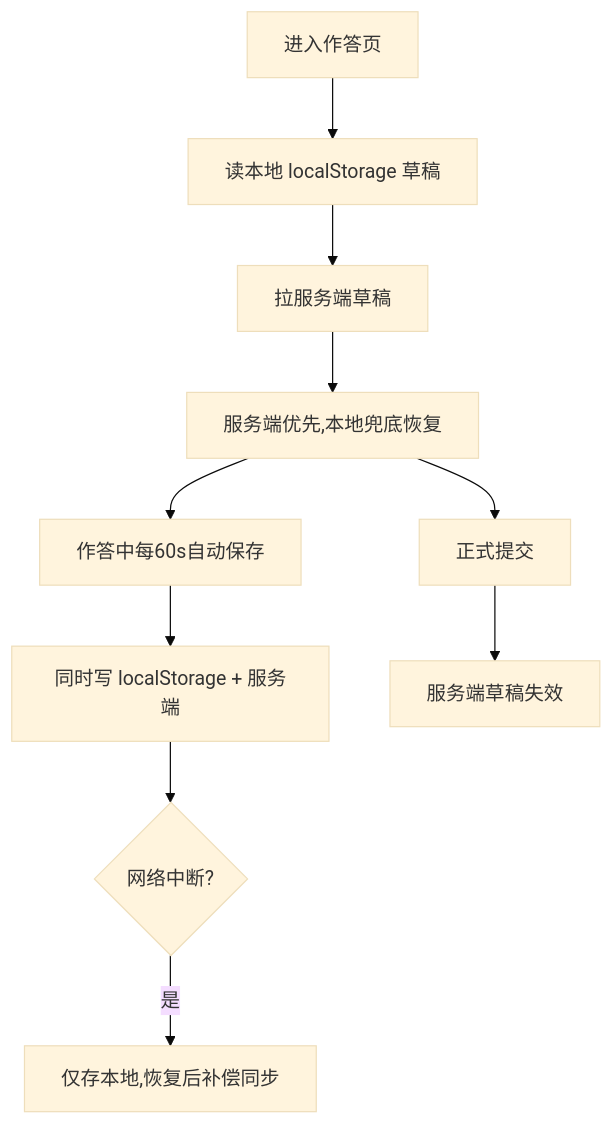
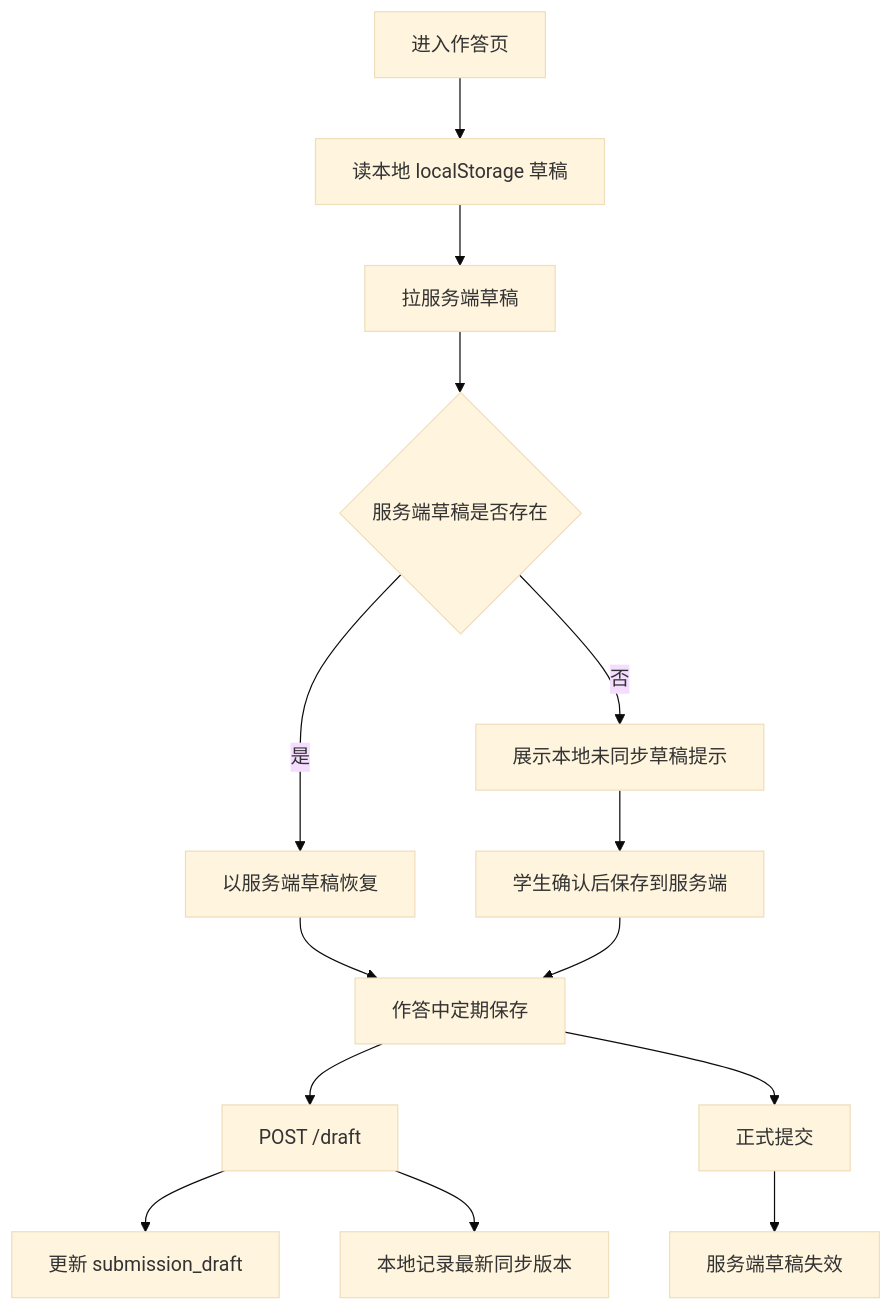
One commit to menghuishisan/CHAIMIR changed the fifth of 7 diagrams in docs/06-教学/04-业务流程与状态机.md. Above: the diagram before and after it, drawn with Mermaid (base theme). The commit also changed other lines of this file and 499 other files, not shown here.

````diff
--- a/docs/06-教学/04-业务流程与状态机.md
+++ b/docs/06-教学/04-业务流程与状态机.md
@@ -88,12 +88,16 @@
 ```mermaid
 flowchart TD
     A[进入作答页] --> B[读本地 localStorage 草稿]
     B --> C[拉服务端草稿]
-    C --> D[服务端优先,本地兜底恢复]
-    D --> E[作答中每60s自动保存]
-    E --> F[同时写 localStorage + 服务端]
-    F --> G{网络中断?}
-    G -->|是| H[仅存本地,恢复后补偿同步]
-    D --> I[正式提交]
-    I --> J[服务端草稿失效]
+    C --> D{服务端草稿是否存在}
+    D -->|是| E[以服务端草稿恢复]
+    D -->|否| F[展示本地未同步草稿提示]
+    F --> G[学生确认后保存到服务端]
+    E --> H[作答中定期保存]
+    G --> H
+    H --> I[POST /draft]
+    I --> J[更新 submission_draft]
+    I --> K[本地记录最新同步版本]
+    H --> L[正式提交]
+    L --> M[服务端草稿失效]
 ```
````
